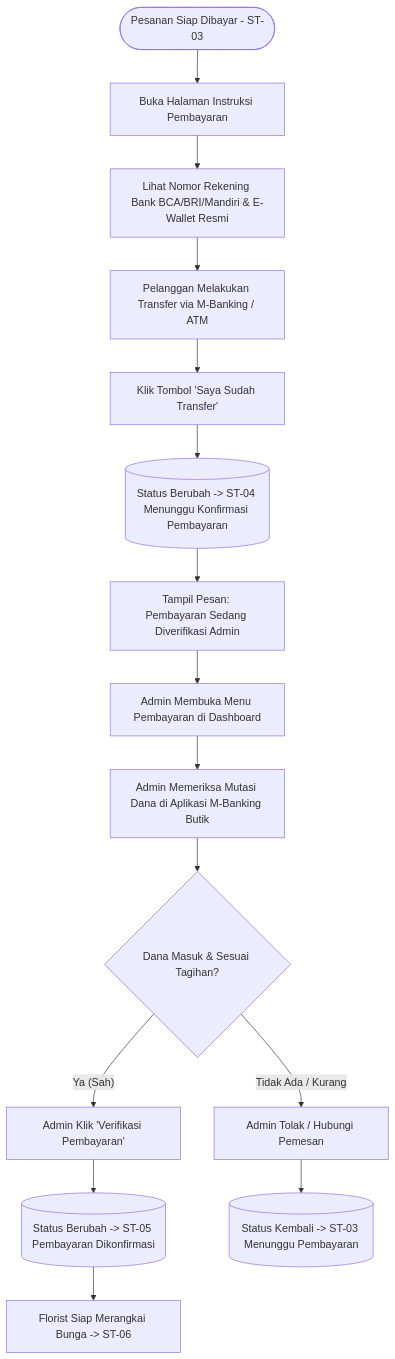
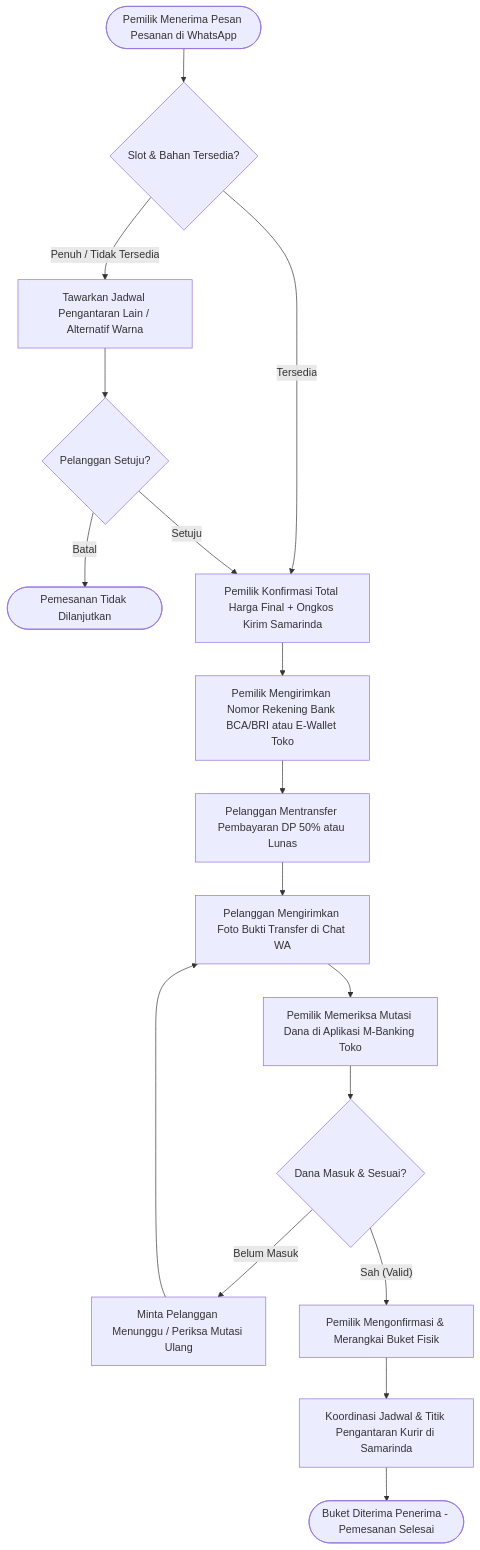
The fourth of 5 diagrams in user-flow.md (Elfend11/buketbunga), drawn with Mermaid before and after one commit. The commit also changed other lines of this file and 89 other files, not shown here.

````diff
--- a/user-flow.md
+++ b/user-flow.md
@@ -165,20 +140,23 @@
 ```mermaid
 flowchart TD
-    Start([Pesanan Siap Dibayar - ST-03]) --> ViewPayInfo[Buka Halaman Instruksi Pembayaran]
-    ViewPayInfo --> ReadBank[Lihat Nomor Rekening Bank BCA/BRI/Mandiri & E-Wallet Resmi]
-    ReadBank --> TransferPhysical[Pelanggan Melakukan Transfer via M-Banking / ATM]
-    TransferPhysical --> ClickConfirmPay[Klik Tombol 'Saya Sudah Transfer']
-    ClickConfirmPay --> StatusToST04[(Status Berubah -> ST-04 Menunggu Konfirmasi Pembayaran)]
-    StatusToST04 --> WaitingNotice[Tampil Pesan: Pembayaran Sedang Diverifikasi Admin]
+    Start([Pemilik Menerima Pesan Pesanan di WhatsApp]) --> CheckSlot{Slot & Bahan Tersedia?}
+    CheckSlot -- Penuh / Tidak Tersedia --> NegotiateDate[Tawarkan Jadwal Pengantaran Lain / Alternatif Warna]
+    NegotiateDate --> CustomerAgree{Pelanggan Setuju?}
+    CustomerAgree -- Batal --> OrderCancelled([Pemesanan Tidak Dilanjutkan])
     
-    WaitingNotice --> AdminOpensPay[Admin Membuka Menu Pembayaran di Dashboard]
-    AdminOpensPay --> CheckMutation[Admin Memeriksa Mutasi Dana di Aplikasi M-Banking Butik]
-    CheckMutation --> MutationMatch{Dana Masuk & Sesuai Tagihan?}
+    CheckSlot -- Tersedia --> ConfirmTotal[Pemilik Konfirmasi Total Harga Final + Ongkos Kirim Samarinda]
+    CustomerAgree -- Setuju --> ConfirmTotal
     
-    MutationMatch -- Ya (Sah) --> ClickVerify[Admin Klik 'Verifikasi Pembayaran']
-    ClickVerify --> StatusToST05[(Status Berubah -> ST-05 Pembayaran Dikonfirmasi)]
-    StatusToST05 --> ReadyForCraft[Florist Siap Merangkai Bunga -> ST-06]
+    ConfirmTotal --> SharePaymentInfo[Pemilik Mengirimkan Nomor Rekening Bank BCA/BRI atau E-Wallet Toko]
+    SharePaymentInfo --> CustomerPay[Pelanggan Mentransfer Pembayaran DP 50% atau Lunas]
+    CustomerPay --> SendProof[Pelanggan Mengirimkan Foto Bukti Transfer di Chat WA]
+    SendProof --> OwnerCheckMutation[Pemilik Memeriksa Mutasi Dana di Aplikasi M-Banking Toko]
     
-    MutationMatch -- Tidak Ada / Kurang --> ClickRejectPay[Admin Tolak / Hubungi Pemesan]
-    ClickRejectPay --> StatusBackST03[(Status Kembali -> ST-03 Menunggu Pembayaran)]
+    OwnerCheckMutation --> MutationValid{Dana Masuk & Sesuai?}
+    MutationValid -- Belum Masuk --> Recheck[Minta Pelanggan Menunggu / Periksa Mutasi Ulang]
+    Recheck --> SendProof
+    
+    MutationValid -- Sah (Valid) --> CraftBouquet[Pemilik Mengonfirmasi & Merangkai Buket Fisik]
+    CraftBouquet --> DeliveryCoord[Koordinasi Jadwal & Titik Pengantaran Kurir di Samarinda]
+    DeliveryCoord --> BuketReceived([Buket Diterima Penerima - Pemesanan Selesai])
 ```
````
